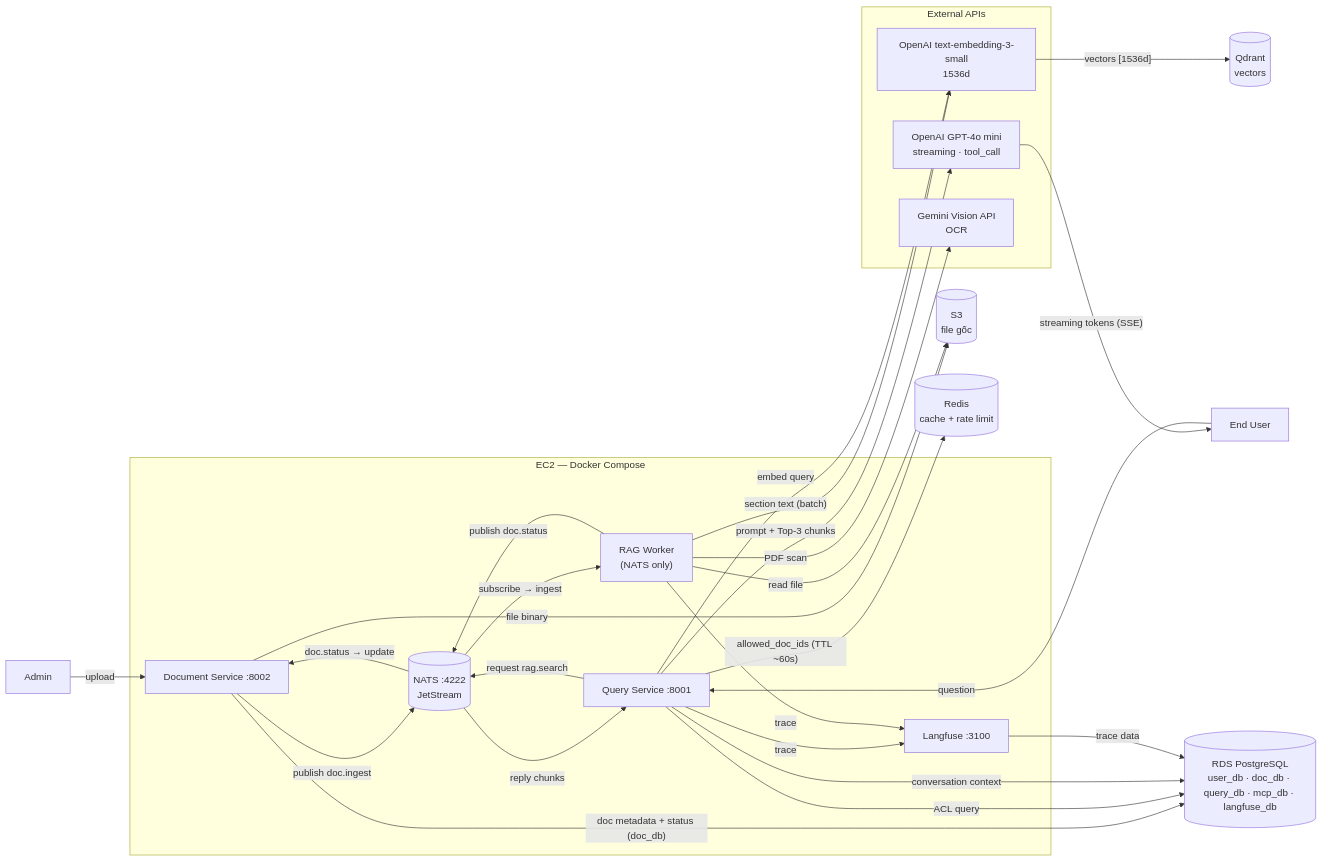
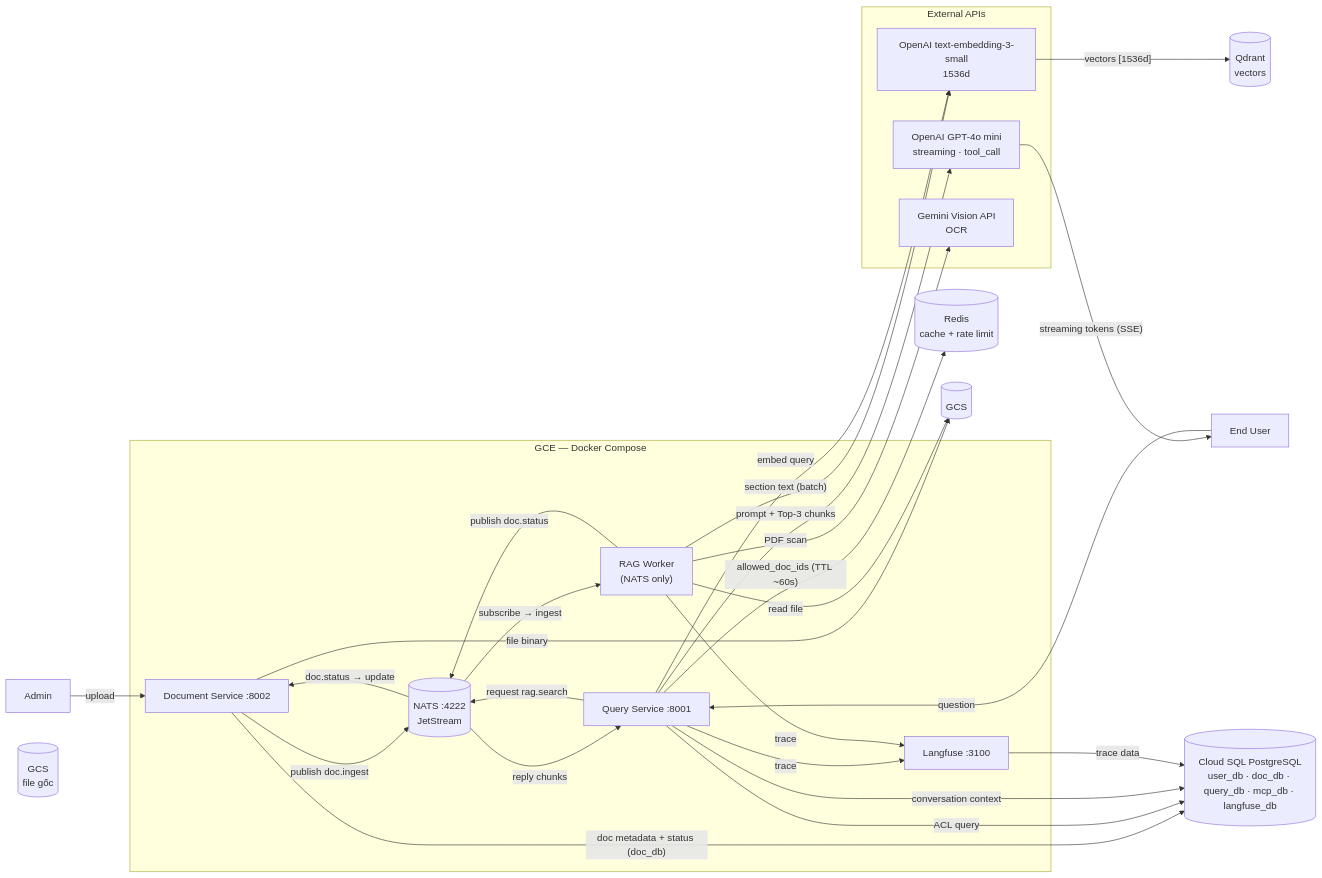
One commit to cds0987/DA08-VSF-AI changed the fifth of 6 diagrams in docs/SA_RAG_Chatbot_Final.md. Above: the diagram before and after it, drawn with Mermaid. The commit also changed other lines of this file and 19 other files, not shown here.

````diff
--- a/docs/SA_RAG_Chatbot_Final.md
+++ b/docs/SA_RAG_Chatbot_Final.md
@@ -533,49 +533,49 @@
 ```mermaid
 flowchart LR
     ADM["Admin"]
     EU["End User"]
 
-    subgraph BACKEND["EC2 — Docker Compose"]
+    subgraph BACKEND["GCE — Docker Compose"]
         INGEST["Document Service :8002"]
         QUERY["Query Service :8001"]
         RAG["RAG Worker\n(NATS only)"]
         NATS[("NATS :4222\nJetStream")]
         LF["Langfuse :3100"]
     end
 
-    S3[("S3\nfile gốc")]
-    PG[("RDS PostgreSQL\nuser_db · doc_db · query_db · mcp_db · langfuse_db")]
+    GCS2[("GCS\nfile gốc")]
+    PG[("Cloud SQL PostgreSQL\nuser_db · doc_db · query_db · mcp_db · langfuse_db")]
     QD[("Qdrant\nvectors")]
     REDIS[("Redis\ncache + rate limit")]
 
     subgraph EXT["External APIs"]
         LLM["OpenAI GPT-4o mini\nstreaming · tool_call"]
         EMB["OpenAI text-embedding-3-small\n1536d"]
         OCR_EXT["Gemini Vision API\nOCR"]
     end
 
     ADM -->|"upload"| INGEST
-    INGEST -->|"file binary"| S3
+    INGEST -->|"file binary"| GCS_APP[("GCS")]
     INGEST -->|"publish doc.ingest"| NATS
     NATS -->|"subscribe → ingest"| RAG
-    RAG -->|"read file"| S3
+    RAG -->|"read file"| GCS_APP
     RAG -->|"PDF scan"| OCR_EXT
     RAG -->|"section text (batch)"| EMB
     EMB -->|"vectors [1536d]"| QD
     RAG -->|"publish doc.status"| NATS
     NATS -->|"doc.status → update"| INGEST
     INGEST -->|"doc metadata + status (doc_db)"| PG
 
     EU -->|"question"| QUERY
     QUERY -->|"ACL query"| PG
     QUERY -->|"allowed_doc_ids (TTL ~60s)"| REDIS
     QUERY -->|"request rag.search"| NATS
     NATS -->|"reply chunks"| QUERY
     QUERY -->|"embed query"| EMB
     QUERY -->|"conversation context"| PG
     QUERY -->|"prompt + Top-3 chunks"| LLM
     LLM -->|"streaming tokens (SSE)"| EU
     QUERY -->|"trace"| LF
     RAG -->|"trace"| LF
     LF -->|"trace data"| PG
 ```
````
